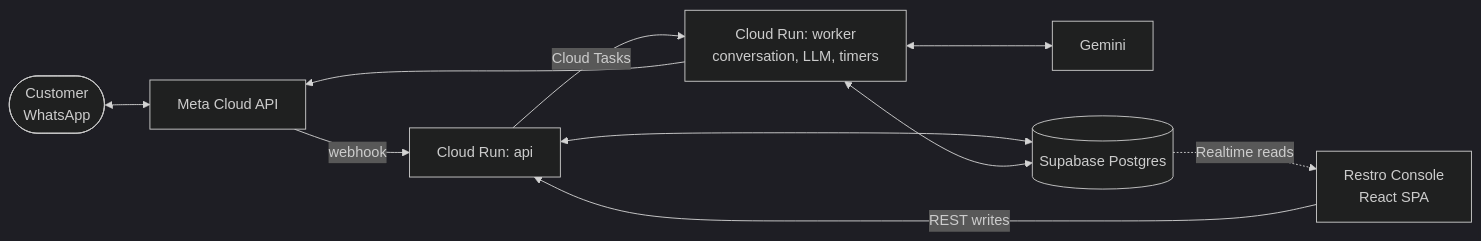
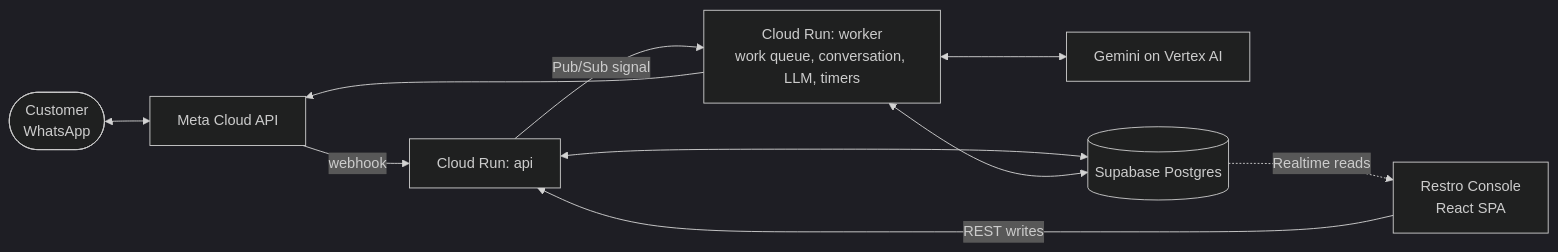
One commit to Trylo-AI/Restro-Agent changed the diagram in README.md. Above: the diagram before and after it, drawn with Mermaid (dark theme). The commit also changed other lines of this file and 11 other files, not shown here.

First line of the commit message:
Docs: work-queue design, ordering slice plan and checklist

````diff
--- a/README.md
+++ b/README.md
@@ -7,12 +7,12 @@
 ```mermaid
 flowchart LR
     C(["Customer<br/>WhatsApp"]) <--> M["Meta Cloud API"]
     M -->|"webhook"| API["Cloud Run: api"]
-    API -->|"Cloud Tasks"| W["Cloud Run: worker<br/>conversation, LLM, timers"]
+    API -->|"Pub/Sub signal"| W["Cloud Run: worker<br/>work queue, conversation, LLM, timers"]
     W --> M
-    W <--> LLM["Gemini"]
+    W <--> LLM["Gemini on Vertex AI"]
     API <--> DB[("Supabase Postgres")]
     W <--> DB
     CON["Restro Console<br/>React SPA"] -->|"REST writes"| API
     DB -.->|"Realtime reads"| CON
 ```
````
